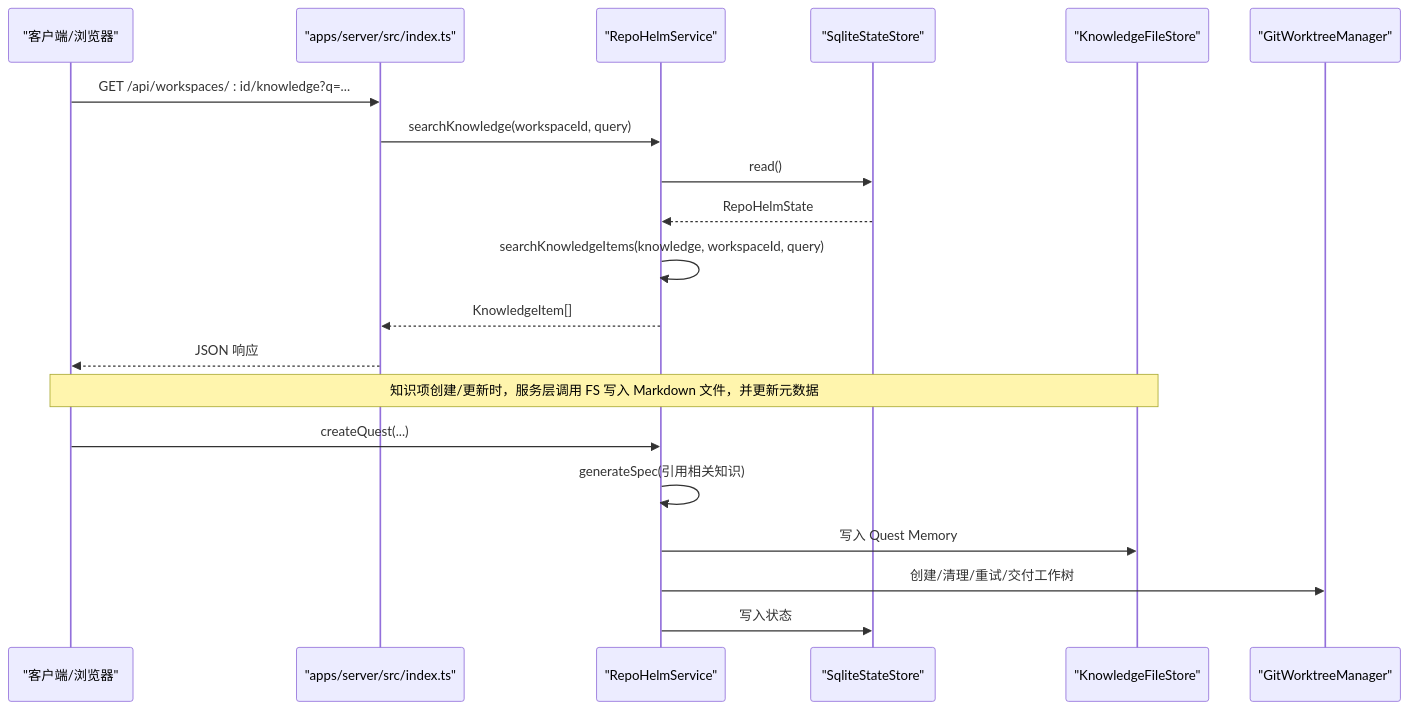
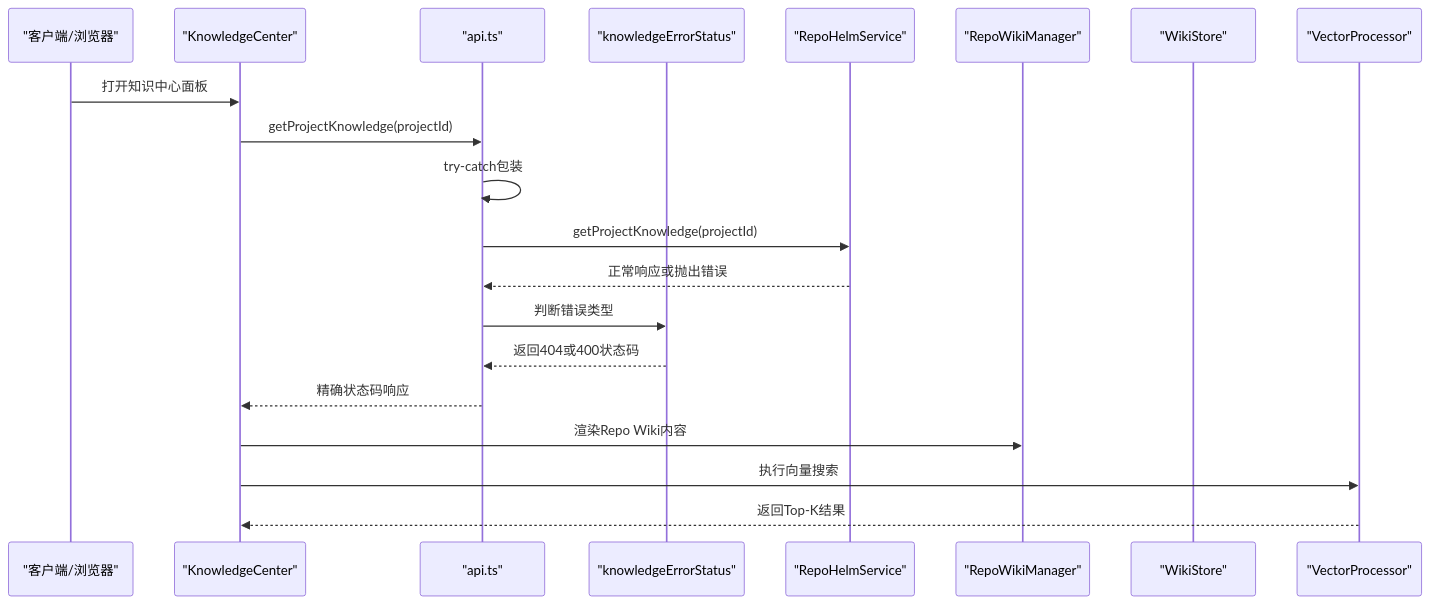
Before and after one commit to coconilu/RepoHelm: the second of 8 diagrams in .qoder/repowiki/zh/content/知识库系统.md, drawn with Mermaid. The commit also changed other lines of this file and 9 other files, not shown here.

First line of the commit message:
docs(zh): add KnowledgeCenter, Markdown & Mermaid

````diff
--- a/.qoder/repowiki/zh/content/知识库系统.md
+++ b/.qoder/repowiki/zh/content/知识库系统.md
@@ -101,22 +166,22 @@
 ```mermaid
 sequenceDiagram
 participant Client as "客户端/浏览器"
-participant API as "apps/server/src/index.ts"
+participant KC as "KnowledgeCenter"
+participant API as "api.ts"
+participant ErrorHandler as "knowledgeErrorStatus"
 participant Service as "RepoHelmService"
-participant Store as "SqliteStateStore"
-participant FS as "KnowledgeFileStore"
-participant Git as "GitWorktreeManager"
-Client->>API : GET /api/workspaces/ : id/knowledge?q=...
-API->>Service : searchKnowledge(workspaceId, query)
-Service->>Store : read()
-Store-->>Service : RepoHelmState
-Service->>Service : searchKnowledgeItems(knowledge, workspaceId, query)
-Service-->>API : KnowledgeItem[]
-API-->>Client : JSON 响应
-Note over Client,FS : 知识项创建/更新时，服务层调用 FS 写入 Markdown 文件，并更新元数据
-Client->>Service : createQuest(...)
-Service->>Service : generateSpec(引用相关知识)
-Service->>FS : 写入 Quest Memory
-Service->>Git : 创建/清理/重试/交付工作树
-Service->>Store : 写入状态
+participant Wiki as "RepoWikiManager"
+participant Store as "WikiStore"
+participant Vector as "VectorProcessor"
+Client->>KC : 打开知识中心面板
+KC->>API : getProjectKnowledge(projectId)
+API->>API : try-catch包装
+API->>Service : getProjectKnowledge(projectId)
+Service-->>API : 正常响应或抛出错误
+API->>ErrorHandler : 判断错误类型
+ErrorHandler-->>API : 返回404或400状态码
+API-->>KC : 精确状态码响应
+KC->>Wiki : 渲染Repo Wiki内容
+KC->>Vector : 执行向量搜索
+Vector-->>KC : 返回Top-K结果
 ```
````
